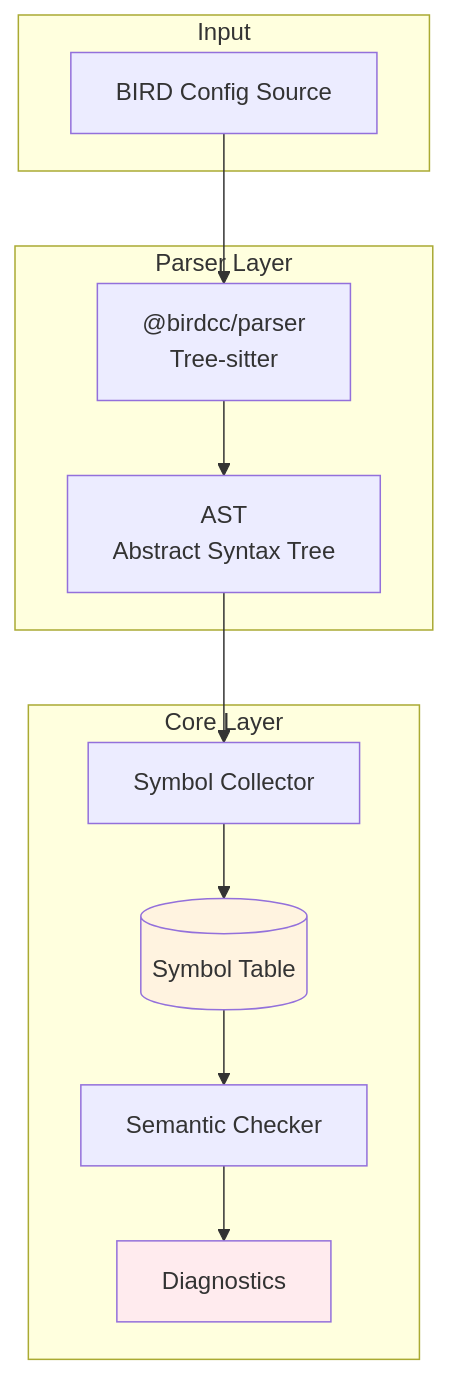
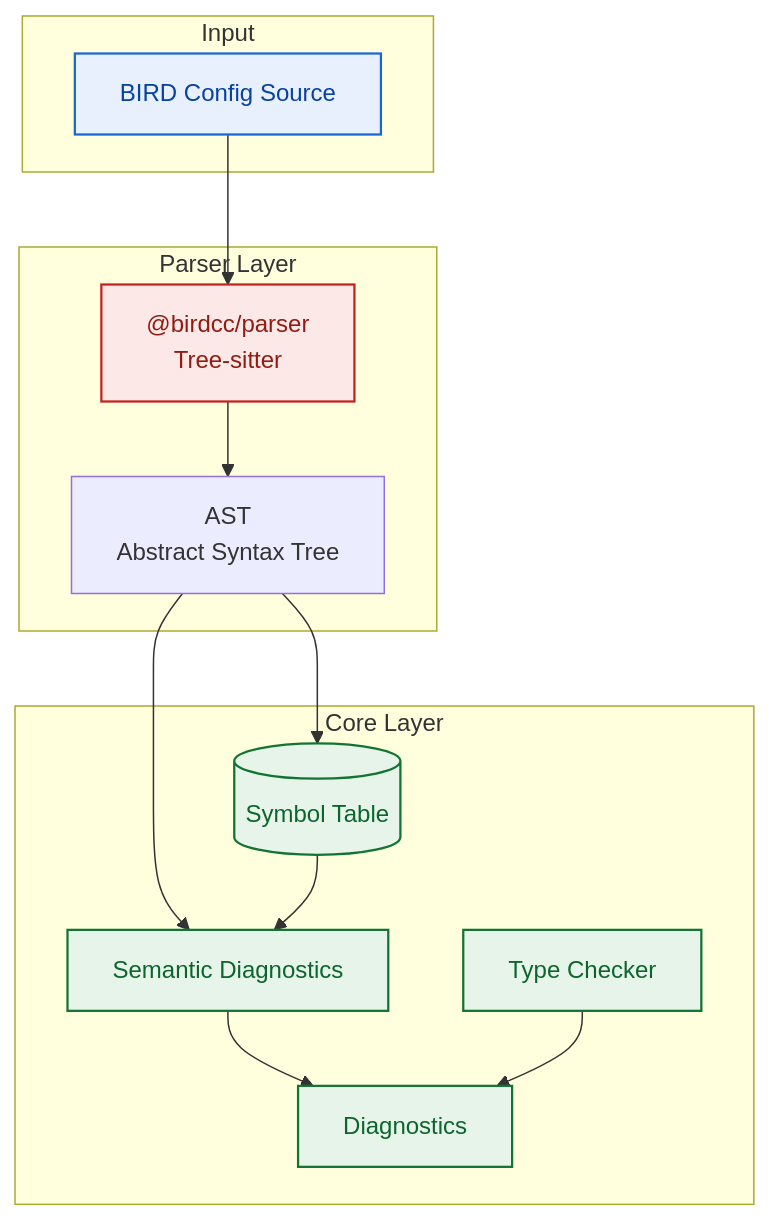
Before and after one commit to bird-chinese-community/BIRD-LSP: the second of 4 diagrams in packages/@birdcc/core/README.md, drawn with Mermaid. The commit also changed other lines of this file and 5 other files, not shown here.

Commit message:
docs(mermaid): Unify diagram palette and split by layer

````diff
--- a/packages/@birdcc/core/README.md
+++ b/packages/@birdcc/core/README.md
@@ -258,28 +263,34 @@
 ```mermaid
 flowchart TB
-    subgraph "Input"
+    classDef infra fill:#fce8e6,stroke:#c5221f,stroke-width:1.5px,color:#8f1d14
+    classDef core fill:#e6f4ea,stroke:#137333,stroke-width:1.5px,color:#0d652d
+    classDef ui fill:#e8f0fe,stroke:#1967d2,stroke-width:1.5px,color:#0842a0
+
+    subgraph input [Input]
         SRC[BIRD Config Source]
     end
 
-    subgraph "Parser Layer"
+    subgraph parser [Parser Layer]
         P["@birdcc/parser<br/>Tree-sitter"]
         AST[AST<br/>Abstract Syntax Tree]
     end
 
-    subgraph "Core Layer"
-        SC[Symbol Collector]
+    subgraph core [Core Layer]
         ST[(Symbol Table)]
-        SEM[Semantic Checker]
+        SEM[Semantic Diagnostics]
+        TYP[Type Checker]
         DIAG[Diagnostics]
     end
 
     SRC --> P
     P --> AST
-    AST --> SC
-    SC --> ST
+    AST --> ST
+    AST --> SEM
     ST --> SEM
     SEM --> DIAG
+    TYP --> DIAG
 
-    style ST fill:#fff3e0
-    style DIAG fill:#ffebee
+    class SRC ui
+    class P infra
+    class ST,SEM,TYP,DIAG core
 ```
````
